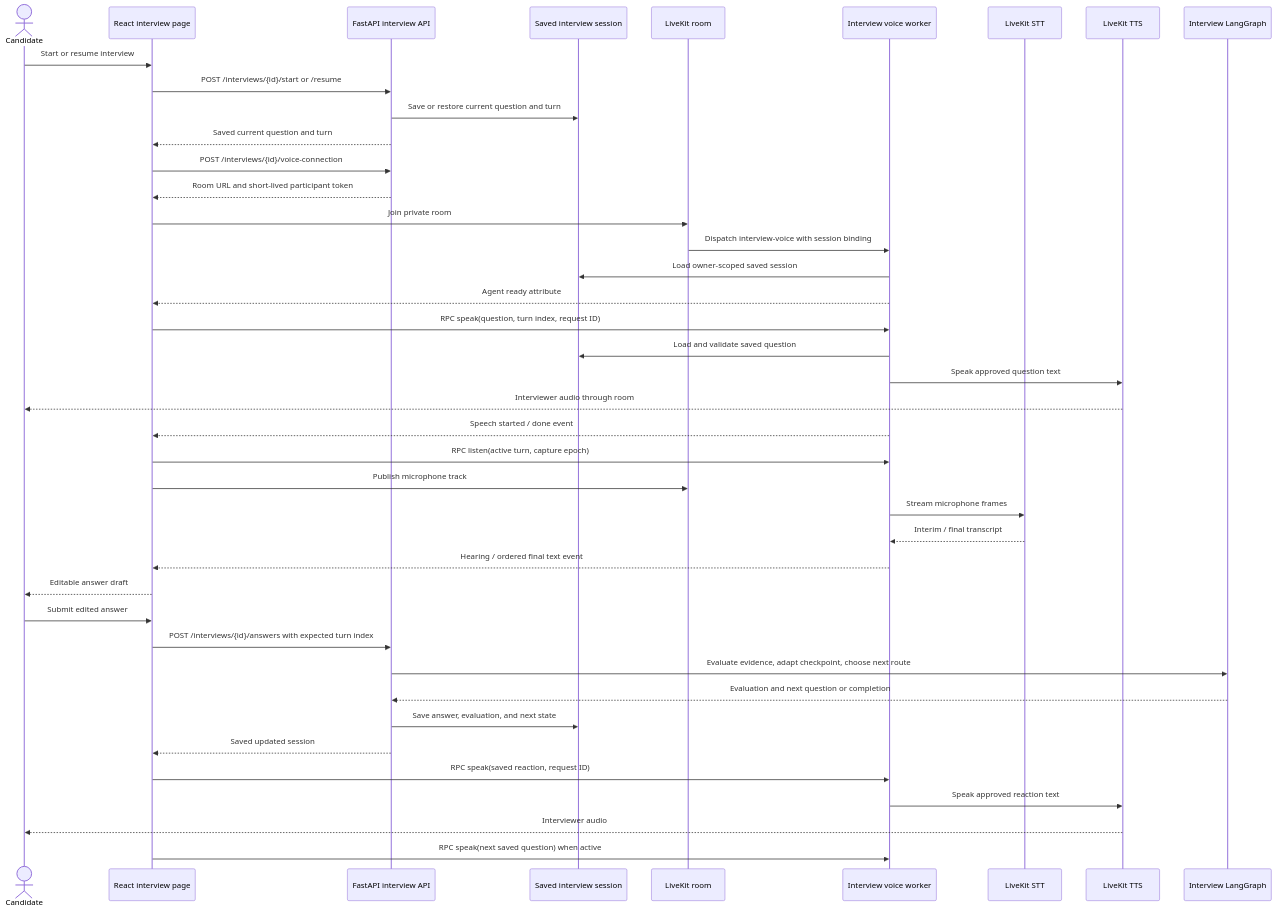
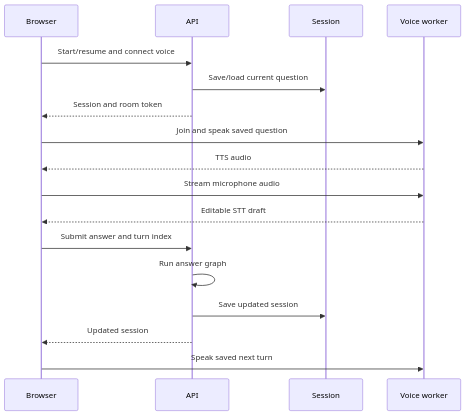
Before and after one commit to rabhishek100/agentic_study_partner: the diagram in docs/interview-voice.md, drawn with Mermaid. The commit also changed other lines of this file and 9 other files, not shown here.

Commit message:
Consolidate concise feature and architecture documentation

````diff
--- a/docs/interview-voice.md
+++ b/docs/interview-voice.md
@@ -13,44 +10,19 @@
 ```mermaid
 sequenceDiagram
-    actor Candidate
-    participant UI as React interview page
-    participant API as FastAPI interview API
-    participant DB as Saved interview session
-    participant LK as LiveKit room
-    participant Worker as Interview voice worker
-    participant STT as LiveKit STT
-    participant TTS as LiveKit TTS
-    participant Graph as Interview LangGraph
-
-    Candidate->>UI: Start or resume interview
-    UI->>API: POST /interviews/{id}/start or /resume
-    API->>DB: Save or restore current question and turn
-    API-->>UI: Saved current question and turn
-    UI->>API: POST /interviews/{id}/voice-connection
-    API-->>UI: Room URL and short-lived participant token
-    UI->>LK: Join private room
-    LK->>Worker: Dispatch interview-voice with session binding
-    Worker->>DB: Load owner-scoped saved session
-    Worker-->>UI: Agent ready attribute
-    UI->>Worker: RPC speak(question, turn index, request ID)
-    Worker->>DB: Load and validate saved question
-    Worker->>TTS: Speak approved question text
-    TTS-->>Candidate: Interviewer audio through room
-    Worker-->>UI: Speech started / done event
-    UI->>Worker: RPC listen(active turn, capture epoch)
-    UI->>LK: Publish microphone track
-    Worker->>STT: Stream microphone frames
-    STT-->>Worker: Interim / final transcript
-    Worker-->>UI: Hearing / ordered final text event
-    UI-->>Candidate: Editable answer draft
-    Candidate->>UI: Submit edited answer
-    UI->>API: POST /interviews/{id}/answers with expected turn index
-    API->>Graph: Evaluate evidence, adapt checkpoint, choose next route
-    Graph-->>API: Evaluation and next question or completion
-    API->>DB: Save answer, evaluation, and next state
-    API-->>UI: Saved updated session
-    UI->>Worker: RPC speak(saved reaction, request ID)
-    Worker->>TTS: Speak approved reaction text
-    TTS-->>Candidate: Interviewer audio
-    UI->>Worker: RPC speak(next saved question) when active
+    participant UI as Browser
+    participant API as API
+    participant DB as Session
+    participant Voice as Voice worker
+    UI->>API: Start/resume and connect voice
+    API->>DB: Save/load current question
+    API-->>UI: Session and room token
+    UI->>Voice: Join and speak saved question
+    Voice-->>UI: TTS audio
+    UI->>Voice: Stream microphone audio
+    Voice-->>UI: Editable STT draft
+    UI->>API: Submit answer and turn index
+    API->>API: Run answer graph
+    API->>DB: Save updated session
+    API-->>UI: Updated session
+    UI->>Voice: Speak saved next turn
 ```
````
